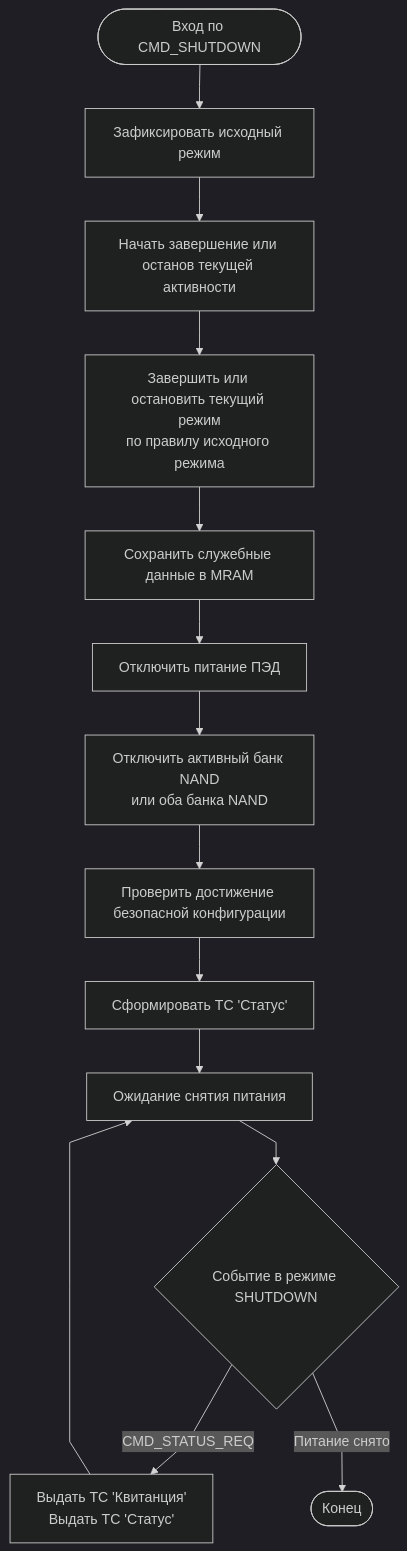
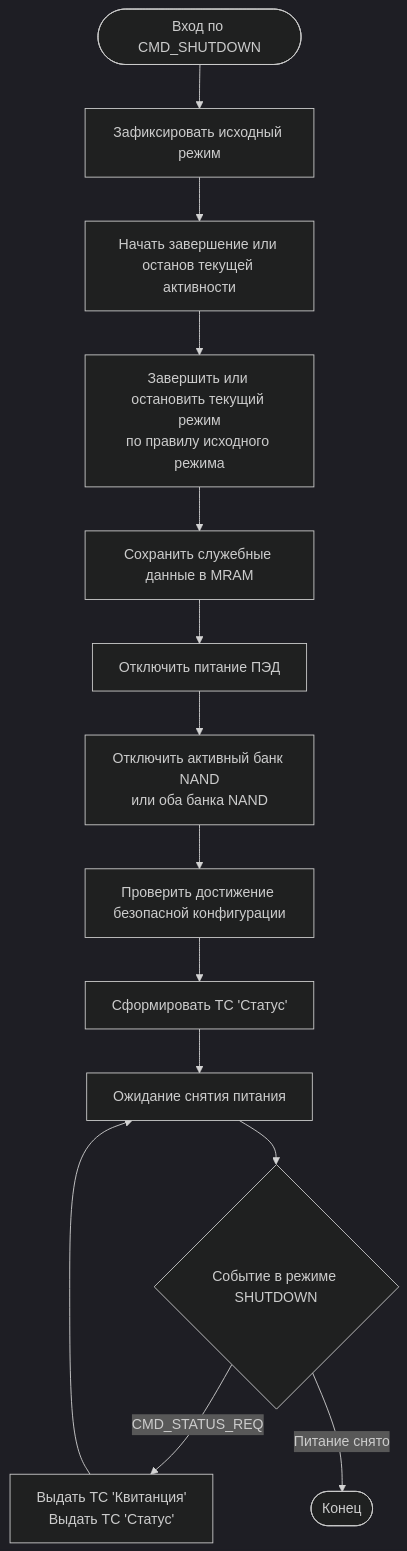
One commit to VaheVahanyan/NATALIA_Algorithm changed the diagram in diagrams/shutdown_mode.mmd. Above: the diagram before and after it, drawn with Mermaid (dark theme). The commit also changed 17 other files, not shown here.

```diff
--- a/diagrams/shutdown_mode.mmd
+++ b/diagrams/shutdown_mode.mmd
@@ -1,18 +1,17 @@
-%%{init: {'flowchart': {'curve': 'linear'}}}%%
 flowchart TD
     A([Вход по CMD_SHUTDOWN]) --> B[Зафиксировать исходный режим]
     B --> C[Начать завершение или останов текущей активности]
     C --> D["Завершить или остановить текущий режим<br/>по правилу исходного режима"]
     D --> E[Сохранить служебные данные в MRAM]
     E --> F[Отключить питание ПЭД]
     F --> G["Отключить активный банк NAND<br/>или оба банка NAND"]
     G --> H[Проверить достижение безопасной конфигурации]
     H --> I["Сформировать ТС 'Статус'"]
     I --> J[Ожидание снятия питания]
 
     J --> K{"Событие в режиме SHUTDOWN"}
 
     K -- "CMD_STATUS_REQ" --> L["Выдать ТС 'Квитанция'<br/>Выдать ТС 'Статус'"]
     K -- "Питание снято" --> M([Конец])
 
     L --> J
```
